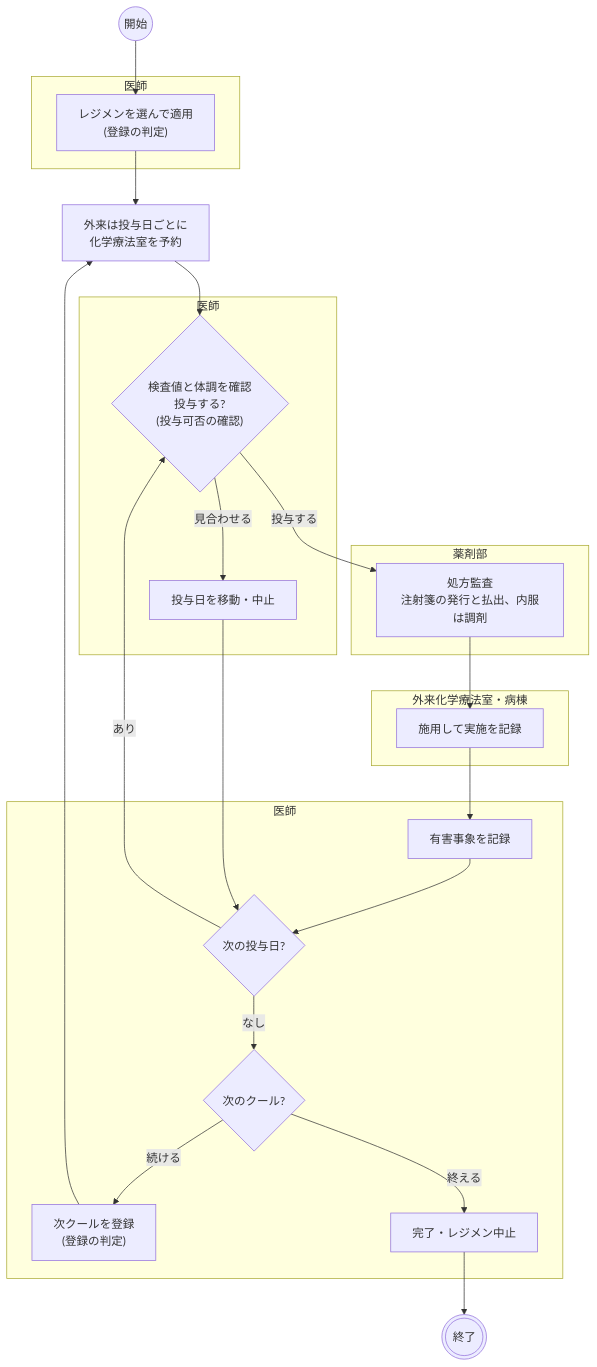
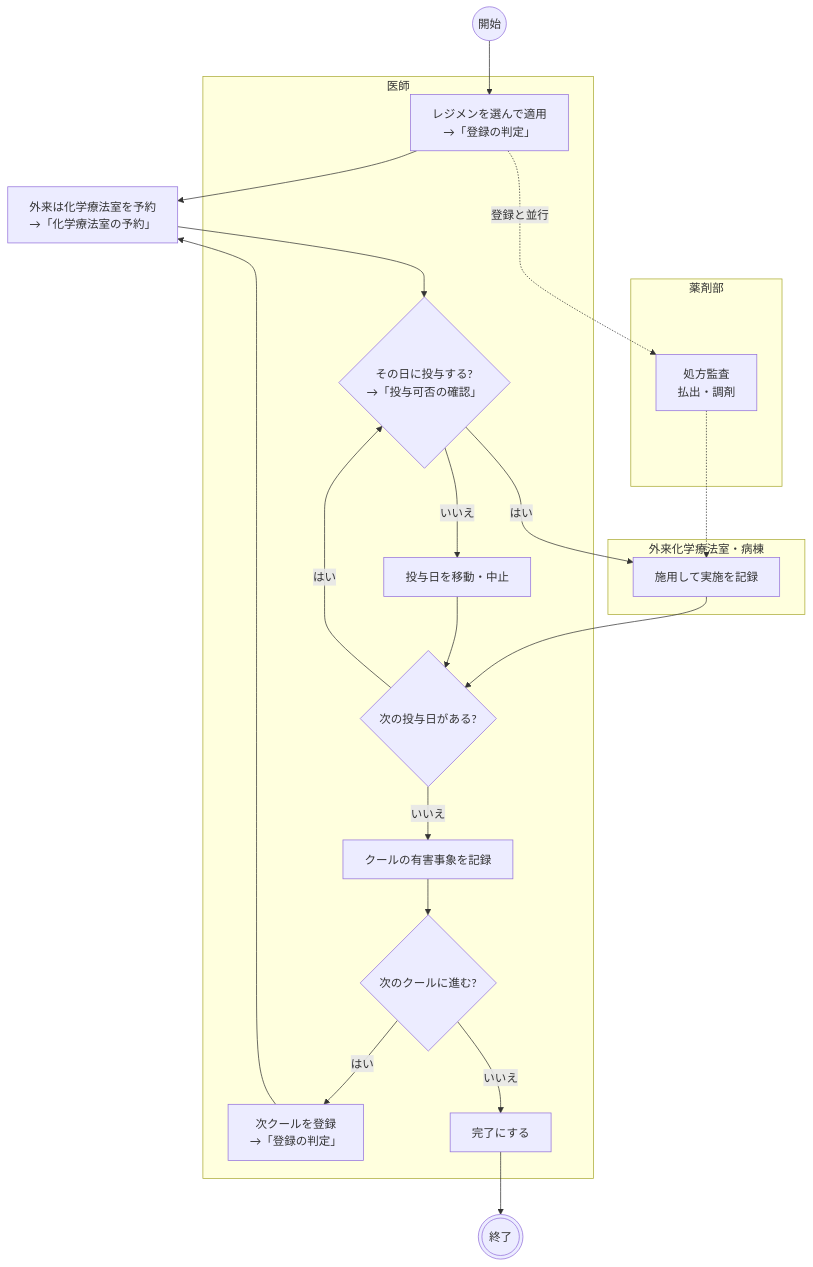
The first of 3 diagrams in docs/flows/chemotherapy.md (ysnr-dev/fhir-client-docs), drawn with Mermaid before and after one commit. The commit also changed other lines of this file and 43 other files, not shown here.

Commit message:
docs: 業務フローとシーケンス図を写し直し

````diff
--- a/docs/flows/chemotherapy.md
+++ b/docs/flows/chemotherapy.md
@@ -53,39 +29,34 @@
 ```mermaid
 flowchart TD
   start(("開始"))
   finish((("終了")))
-  book["外来は投与日ごとに<br/>化学療法室を予約"]
+  book["外来は化学療法室を予約<br/>→「化学療法室の予約」"]
 
-  subgraph doctorApply["医師"]
-    apply["レジメンを選んで適用<br/>(登録の判定)"]
-  end
-
-  subgraph doctorDay["医師"]
-    go{"検査値と体調を確認<br/>投与する?<br/>(投与可否の確認)"}
+  subgraph doctor["医師"]
+    apply["レジメンを選んで適用<br/>→「登録の判定」"]
+    go{"その日に投与する?<br/>→「投与可否の確認」"}
     change["投与日を移動・中止"]
+    day{"次の投与日がある?"}
+    adverse["クールの有害事象を記録"]
+    cycle{"次のクールに進む?"}
+    addCycle["次クールを登録<br/>→「登録の判定」"]
+    close["完了にする"]
   end
 
   subgraph pharmacy["薬剤部"]
-    prepare["処方監査<br/>注射箋の発行と払出、内服は調剤"]
+    prepare["処方監査<br/>払出・調剤"]
   end
 
   subgraph room["外来化学療法室・病棟"]
     perform["施用して実施を記録"]
   end
 
-  subgraph doctorNext["医師"]
-    adverse["有害事象を記録"]
-    day{"次の投与日?"}
-    cycle{"次のクール?"}
-    addCycle["次クールを登録<br/>(登録の判定)"]
-    close["完了・レジメン中止"]
-  end
-
   start --> apply --> book --> go
-  go -- "投与する" --> prepare --> perform --> adverse --> day
-  go -- "見合わせる" --> change --> day
-  day -- "あり" --> go
-  day -- "なし" --> cycle
-  cycle -- "続ける" --> addCycle --> book
-  cycle -- "終える" --> close --> finish
+  apply -. "登録と並行" .-> prepare -.-> perform
+  go -- "はい" --> perform --> day
+  go -- "いいえ" --> change --> day
+  day -- "はい" --> go
+  day -- "いいえ" --> adverse --> cycle
+  cycle -- "はい" --> addCycle --> book
+  cycle -- "いいえ" --> close --> finish
 ```
````
